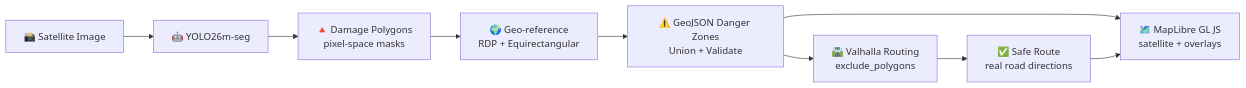
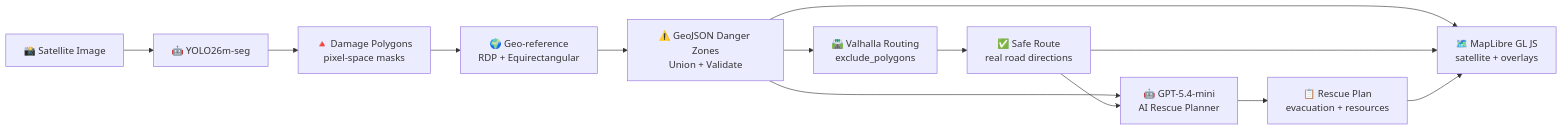
Before and after one commit to GraphoLogiCode/PathFinder: the first of 2 diagrams in docs/implementation_plan_v3.md, drawn with Mermaid. The commit also changed other lines of this file and 37 other files, not shown here.

````diff
--- a/docs/implementation_plan_v3.md
+++ b/docs/implementation_plan_v3.md
@@ -31,11 +31,15 @@
 ```mermaid
 flowchart LR
     A[📸 Satellite Image] --> B[🤖 YOLO26m-seg]
     B --> C[🔺 Damage Polygons<br/>pixel-space masks]
     C --> D[🌍 Geo-reference<br/>RDP + Equirectangular]
     D --> E[⚠️ GeoJSON Danger Zones<br/>Union + Validate]
     E --> F[🛣️ Valhalla Routing<br/>exclude_polygons]
     F --> G[✅ Safe Route<br/>real road directions]
     E --> H[🗺️ MapLibre GL JS<br/>satellite + overlays]
     G --> H
+    E --> I[🤖 GPT-5.4-mini<br/>AI Rescue Planner]
+    G --> I
+    I --> J[📋 Rescue Plan<br/>evacuation + resources]
+    J --> H
 ```
````
